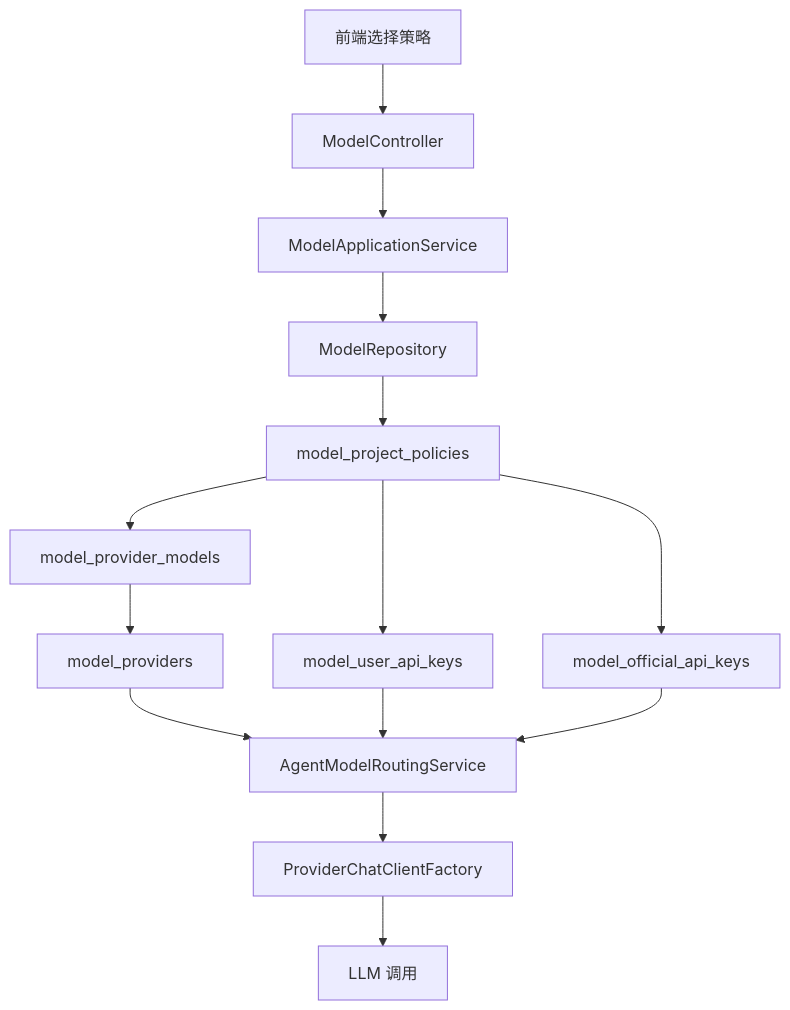
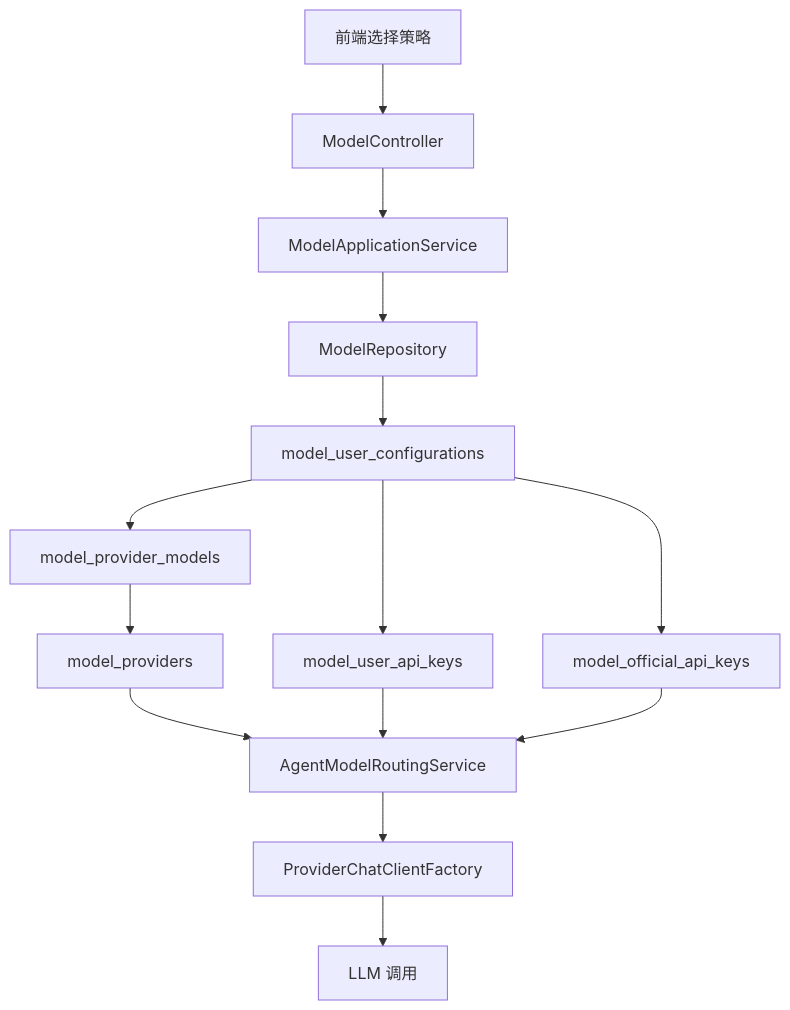
Before and after one commit to hamster-yhz/PenMate: the first of 2 diagrams in docs/project-specifications/discard/model-architecture-review-v1.md, drawn with Mermaid. The commit also changed other lines of this file and 92 other files, not shown here.

````diff
--- a/docs/project-specifications/discard/model-architecture-review-v1.md
+++ b/docs/project-specifications/discard/model-architecture-review-v1.md
@@ -24,16 +23,16 @@
 ```mermaid
 flowchart TD
     A[前端选择策略] --> B[ModelController]
     B --> C[ModelApplicationService]
     C --> D[ModelRepository]
-    D --> E[model_project_policies]
+    D --> E[model_user_configurations]
     E --> F[model_provider_models]
     F --> G[model_providers]
     E --> H[model_user_api_keys]
     E --> I[model_official_api_keys]
     G --> J[AgentModelRoutingService]
     H --> J
     I --> J
     J --> K[ProviderChatClientFactory]
     K --> L[LLM 调用]
 ```
````
